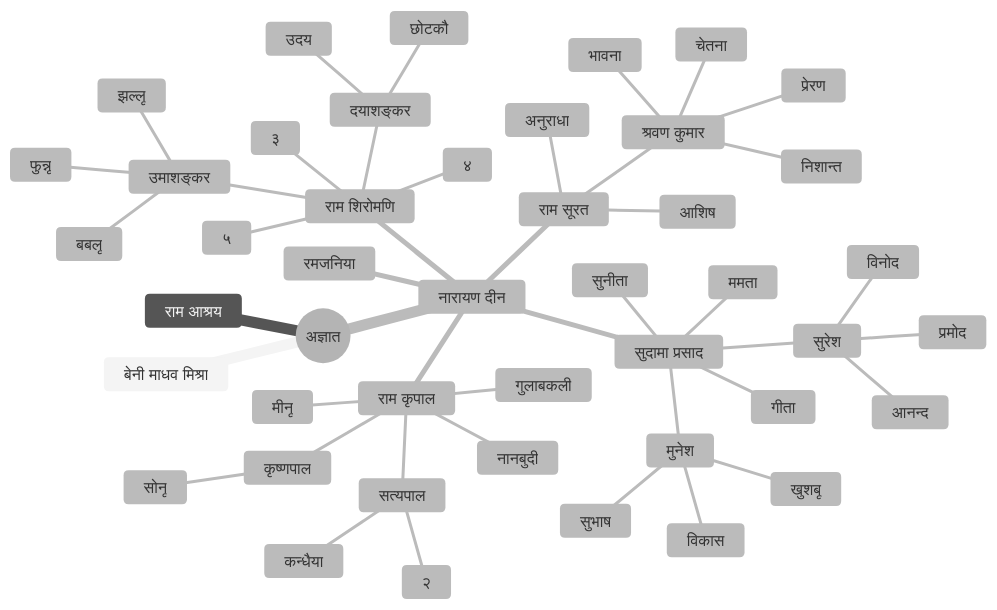
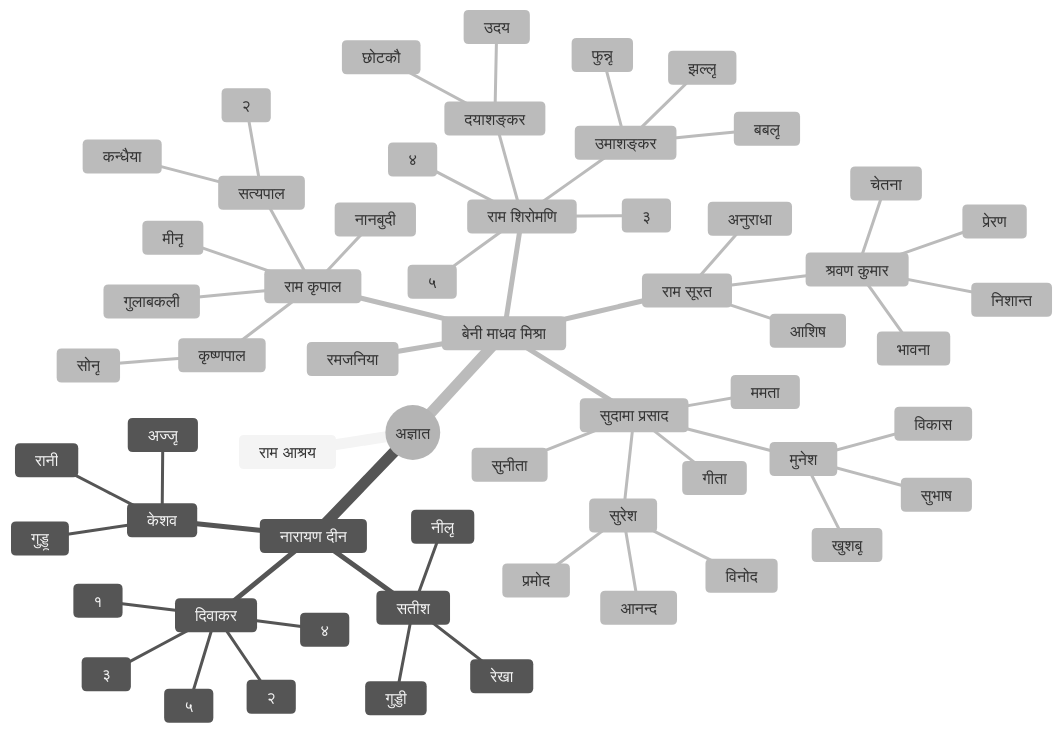
The second of 2 diagrams in README.md (nishantaMishra/family-tree), drawn with Mermaid (neutral theme) before and after one commit.

````diff
--- a/README.md
+++ b/README.md
@@ -23,52 +23,66 @@
 ```mermaid
 mindmap
   root((अज्ञात))
-    बेनी माधव मिश्रा
     राम आश्रय
     नारायण दीन
+        सतीश 
+            नीलू 
+            रेखा
+            गुड्डी
+        केशव
+            रानी 
+            गुड्डू
+            अज्जू
+        दिवाकर
+            १
+            २
+            ३
+            ४
+            ५
+    बेनी माधव मिश्रा
         राम कृपाल
             सत्यपाल
                 कन्धैया
                 २
             कृष्णपाल
                 सोनू
             गुलाबकली
             नानबुदी
             मीनू
         राम शिरोमणि
             दयाशङ्कर
                 उदय
                 छोटकौ
             उमाशङ्कर
                 बबलू
                 झल्लू
                 फुन्नू
             ३
             ४
             ५
 
         रमजनिया 
         राम सूरत
             अनुराधा
             श्रवण कुमार
                 चेतना 
                 भावना
                 प्रेरण
                 निशान्त
             आशिष
 
         सुदामा प्रसाद
             सुरेश
                 प्रमोद
                 विनोद 
                 आनन्द
             मुनेश
                 विकास
                 खुशबू 
                 सुभाष
             सुनीता
             गीता
             ममता
       
     
 ```
````
